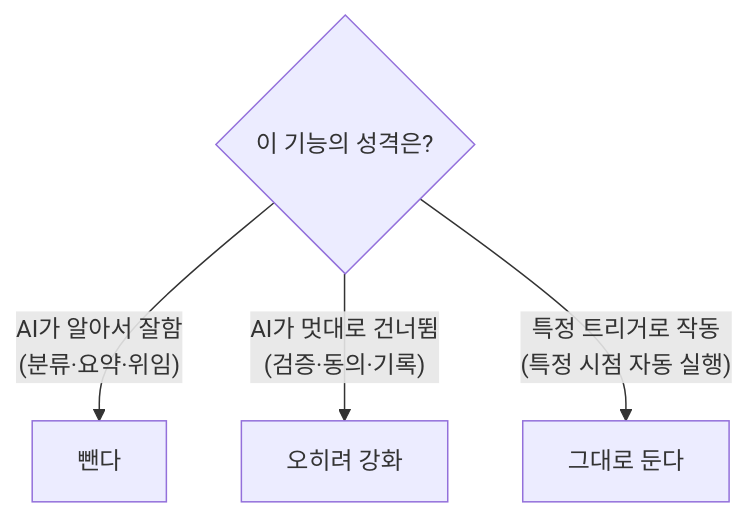
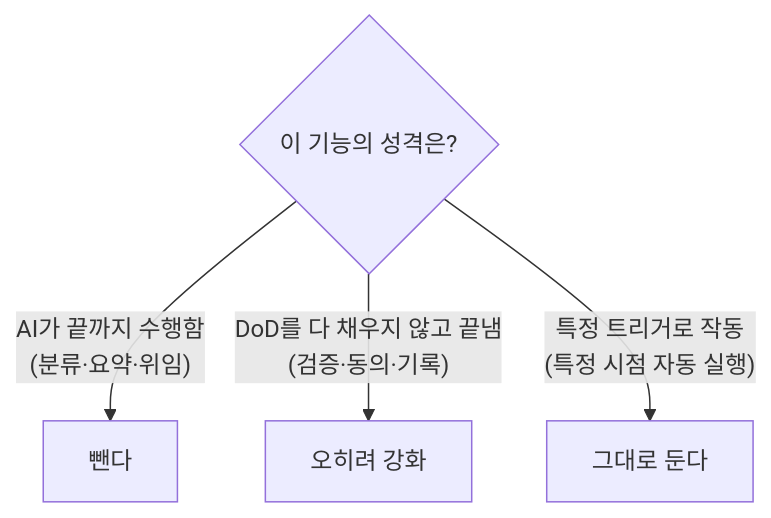
Before and after one commit to RJ-Stony/injoy: the diagram in src/content/posts/harness-8-trimming.md, drawn with Mermaid. The commit also changed other lines of this file and 9 other files, not shown here.

````diff
--- a/src/content/posts/harness-8-trimming.md
+++ b/src/content/posts/harness-8-trimming.md
@@ -16,7 +16,7 @@
 ```mermaid
 flowchart TD
     Q{"이 기능의 성격은?"}
-    Q -->|"AI가 알아서 잘함<br/>(분류·요약·위임)"| Cut["뺀다"]
-    Q -->|"AI가 멋대로 건너뜀<br/>(검증·동의·기록)"| Keep["오히려 강화"]
+    Q -->|"AI가 끝까지 수행함<br/>(분류·요약·위임)"| Cut["뺀다"]
+    Q -->|"DoD를 다 채우지 않고 끝냄<br/>(검증·동의·기록)"| Keep["오히려 강화"]
     Q -->|"특정 트리거로 작동<br/>(특정 시점 자동 실행)"| Same["그대로 둔다"]
 ```
````
